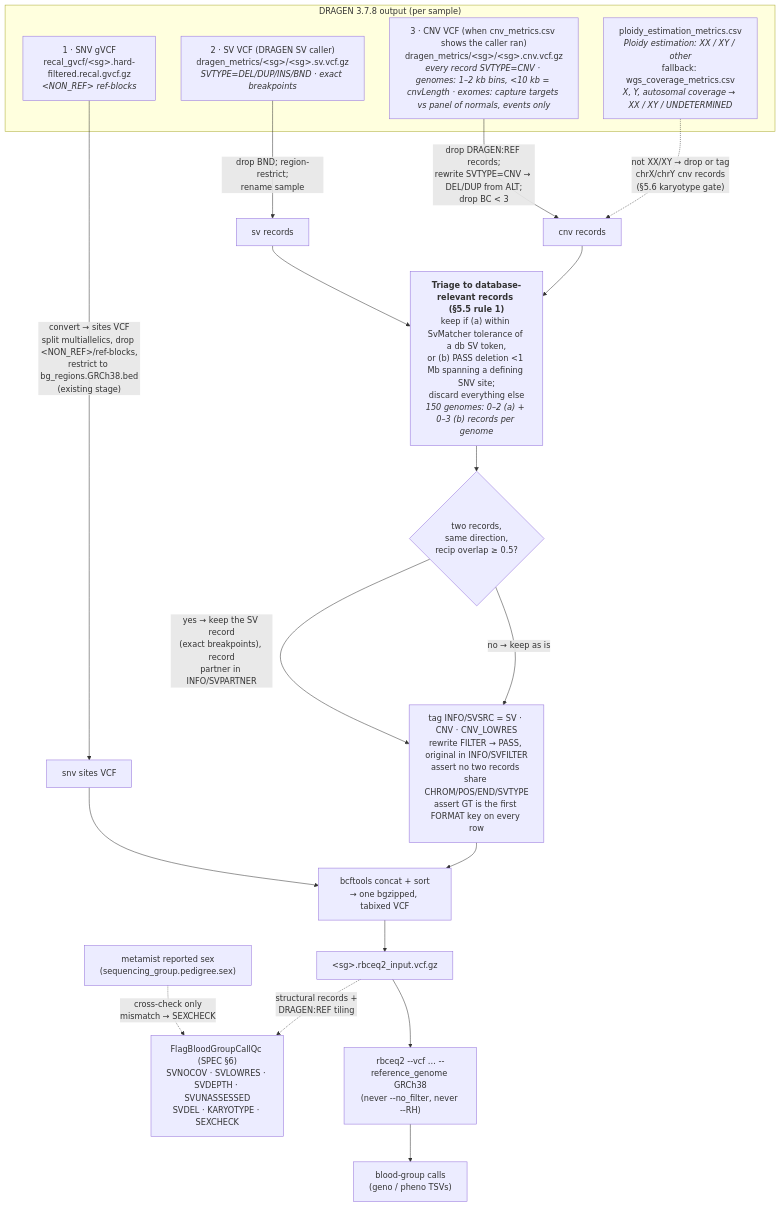
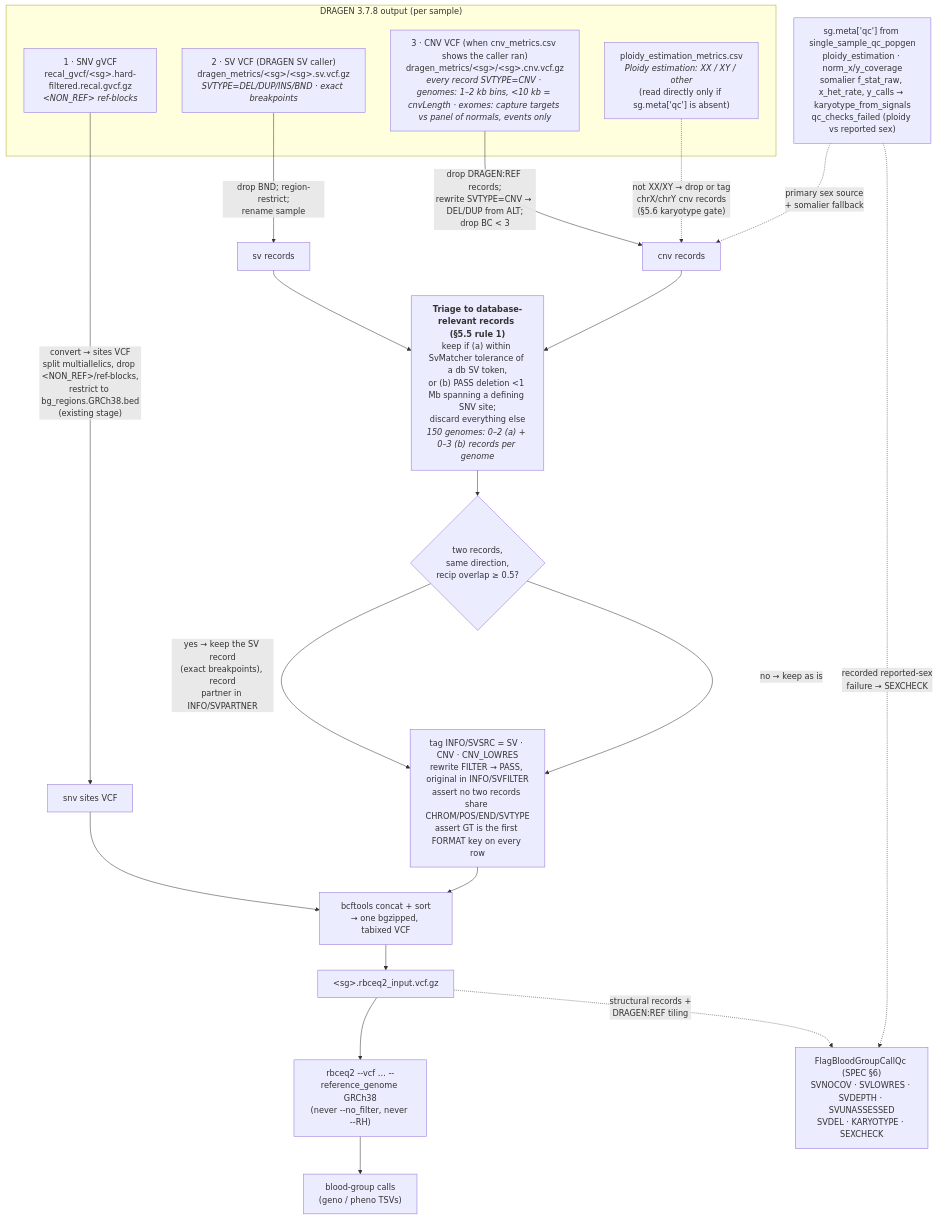
Before and after one commit to populationgenomics/popgen_rbceq2: the diagram in docs/rbceq2_cnv_sv/research/dragen_three_source_merge.md, drawn with Mermaid. The commit also changed other lines of this file and 2 other files, not shown here.

Commit message:
Read sex from the QC meta single_sample_qc_popgen already registers, fall back to its somalier signals through the atlas karyotype_from_signals, let SEXCHECK echo its recorded reported-sex check, and withdraw the coverage-ratio fallback and its four thresholds

````diff
--- a/docs/rbceq2_cnv_sv/research/dragen_three_source_merge.md
+++ b/docs/rbceq2_cnv_sv/research/dragen_three_source_merge.md
@@ -135,33 +137,34 @@
 ```mermaid
 flowchart TD
     subgraph DRAGEN["DRAGEN 3.7.8 output (per sample)"]
         GVCF["1 · SNV gVCF<br/>recal_gvcf/&lt;sg&gt;.hard-filtered.recal.gvcf.gz<br/><i>&lt;NON_REF&gt; ref-blocks</i>"]
         SV["2 · SV VCF (DRAGEN SV caller)<br/>dragen_metrics/&lt;sg&gt;/&lt;sg&gt;.sv.vcf.gz<br/><i>SVTYPE=DEL/DUP/INS/BND · exact breakpoints</i>"]
         CNV["3 · CNV VCF (when cnv_metrics.csv shows the caller ran)<br/>dragen_metrics/&lt;sg&gt;/&lt;sg&gt;.cnv.vcf.gz<br/><i>every record SVTYPE=CNV · genomes: 1–2 kb bins, &lt;10 kb = cnvLength · exomes: capture targets vs panel of normals, events only</i>"]
-        PLOIDY["ploidy_estimation_metrics.csv<br/><i>Ploidy estimation: XX / XY / other</i><br/>fallback: wgs_coverage_metrics.csv<br/><i>X, Y, autosomal coverage → XX / XY / UNDETERMINED</i>"]
+        PLOIDY["ploidy_estimation_metrics.csv<br/><i>Ploidy estimation: XX / XY / other</i><br/>(read directly only if sg.meta['qc'] is absent)"]
     end
-    SEX["metamist reported sex<br/>(sequencing_group.pedigree.sex)"]
-    SEX -.->|"cross-check only<br/>mismatch → SEXCHECK"| QC
+    SEX["sg.meta['qc'] from single_sample_qc_popgen<br/>ploidy_estimation · norm_x/y_coverage<br/>somalier f_stat_raw, x_het_rate, y_calls → karyotype_from_signals<br/>qc_checks_failed (ploidy vs reported sex)"]
+    SEX -.->|"primary sex source<br/>+ somalier fallback"| CNVv
+    SEX -.->|"recorded reported-sex<br/>failure → SEXCHECK"| QC
 
     GVCF -->|"convert → sites VCF<br/>split multiallelics, drop &lt;NON_REF&gt;/ref-blocks,<br/>restrict to bg_regions.GRCh38.bed<br/>(existing stage)"| SNVv["snv sites VCF"]
     SV -->|"drop BND; region-restrict;<br/>rename sample"| SVv["sv records"]
     CNV -->|"drop DRAGEN:REF records;<br/>rewrite SVTYPE=CNV → DEL/DUP from ALT;<br/>drop BC &lt; 3"| CNVv["cnv records"]
     PLOIDY -.->|"not XX/XY → drop or tag<br/>chrX/chrY cnv records<br/>(§5.6 karyotype gate)"| CNVv
 
     SVv --> TRIAGE
     CNVv --> TRIAGE
     TRIAGE["<b>Triage to database-relevant records (§5.5 rule 1)</b><br/>keep if (a) within SvMatcher tolerance of a db SV token,<br/>or (b) PASS deletion &lt;1 Mb spanning a defining SNV site;<br/>discard everything else<br/><i>150 genomes: 0–2 (a) + 0–3 (b) records per genome</i>"]
 
     TRIAGE --> ONE{"two records,<br/>same direction,<br/>recip overlap ≥ 0.5?"}
     ONE -->|"yes → keep the SV record<br/>(exact breakpoints), record<br/>partner in INFO/SVPARTNER"| TAG
     ONE -->|"no → keep as is"| TAG
     TAG["tag INFO/SVSRC = SV · CNV · CNV_LOWRES<br/>rewrite FILTER → PASS, original in INFO/SVFILTER<br/>assert no two records share CHROM/POS/END/SVTYPE<br/>assert GT is the first FORMAT key on every row"]
 
     SNVv --> MERGE["bcftools concat + sort<br/>→ one bgzipped, tabixed VCF"]
     TAG --> MERGE
     MERGE --> VCF["&lt;sg&gt;.rbceq2_input.vcf.gz"]
 
     VCF --> RBC["rbceq2 --vcf … --reference_genome GRCh38<br/>(never --no_filter, never --RH)"]
     RBC --> OUT["blood-group calls<br/>(geno / pheno TSVs)"]
     VCF -.->|"structural records +<br/>DRAGEN:REF tiling"| QC["FlagBloodGroupCallQc (SPEC §6)<br/>SVNOCOV · SVLOWRES · SVDEPTH · SVUNASSESSED<br/>SVDEL · KARYOTYPE · SEXCHECK"]
 ```
````
